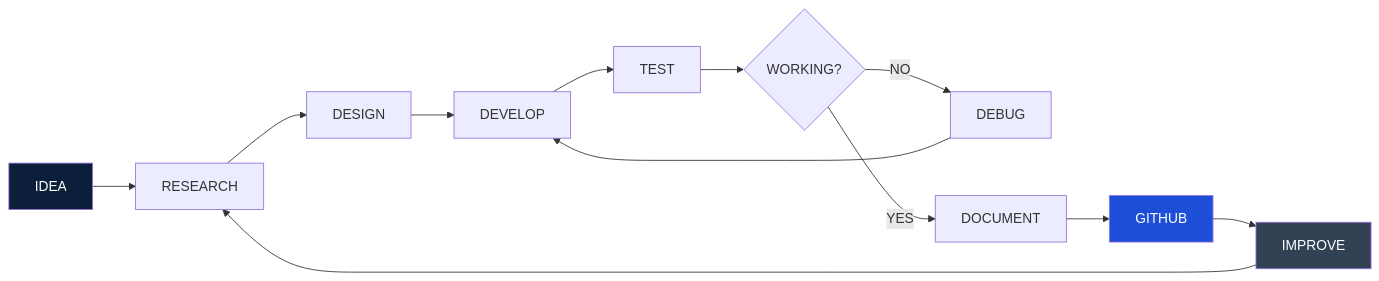
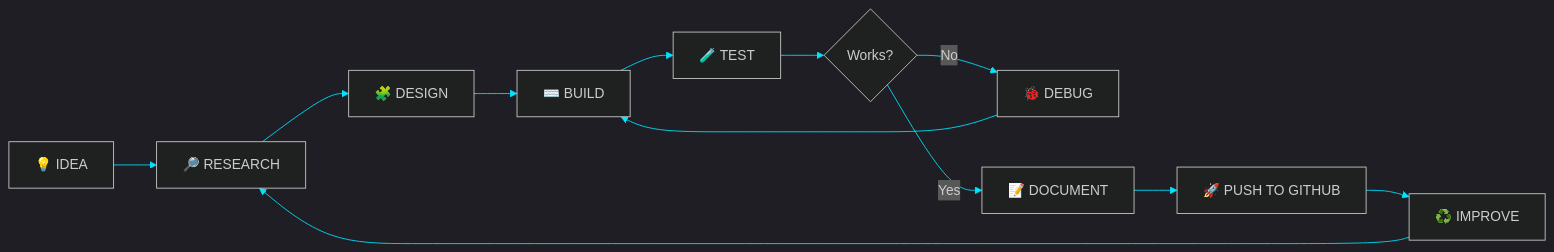
Before and after one commit to HARSHA-TKD/HARSHA-TKD: the first of 2 diagrams in README.md, drawn with Mermaid. The commit also changed other lines of this file, not shown here.

````diff
--- a/README.md
+++ b/README.md
@@ -313,18 +167,15 @@
 ```mermaid
+%%{init: {'theme':'dark','themeVariables':{'primaryColor':'#4C1D95','primaryTextColor':'#fff','primaryBorderColor':'#00E5FF','lineColor':'#00E5FF','secondaryColor':'#0D1117','tertiaryColor':'#0D1117'}}}%%
 flowchart LR
-    A["IDEA"] --> B["RESEARCH"]
-    B --> C["DESIGN"]
-    C --> D["DEVELOP"]
-    D --> E["TEST"]
-    E --> F{"WORKING?"}
-    F -->|NO| G["DEBUG"]
+    A["💡 IDEA"] --> B["🔎 RESEARCH"]
+    B --> C["🧩 DESIGN"]
+    C --> D["⌨️ BUILD"]
+    D --> E["🧪 TEST"]
+    E --> F{"Works?"}
+    F -->|No| G["🐞 DEBUG"]
     G --> D
-    F -->|YES| H["DOCUMENT"]
-    H --> I["GITHUB"]
-    I --> J["IMPROVE"]
+    F -->|Yes| H["📝 DOCUMENT"]
+    H --> I["🚀 PUSH TO GITHUB"]
+    I --> J["♻️ IMPROVE"]
     J --> B
-
-    style A fill:#0B1F3A,color:#fff
-    style I fill:#1D4ED8,color:#fff
-    style J fill:#334155,color:#fff
 ```
````
